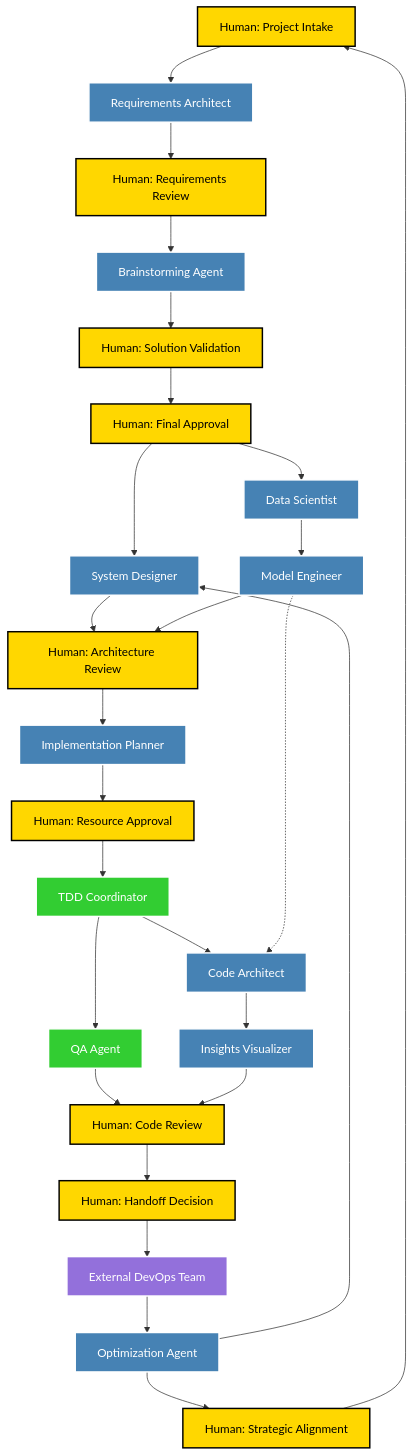
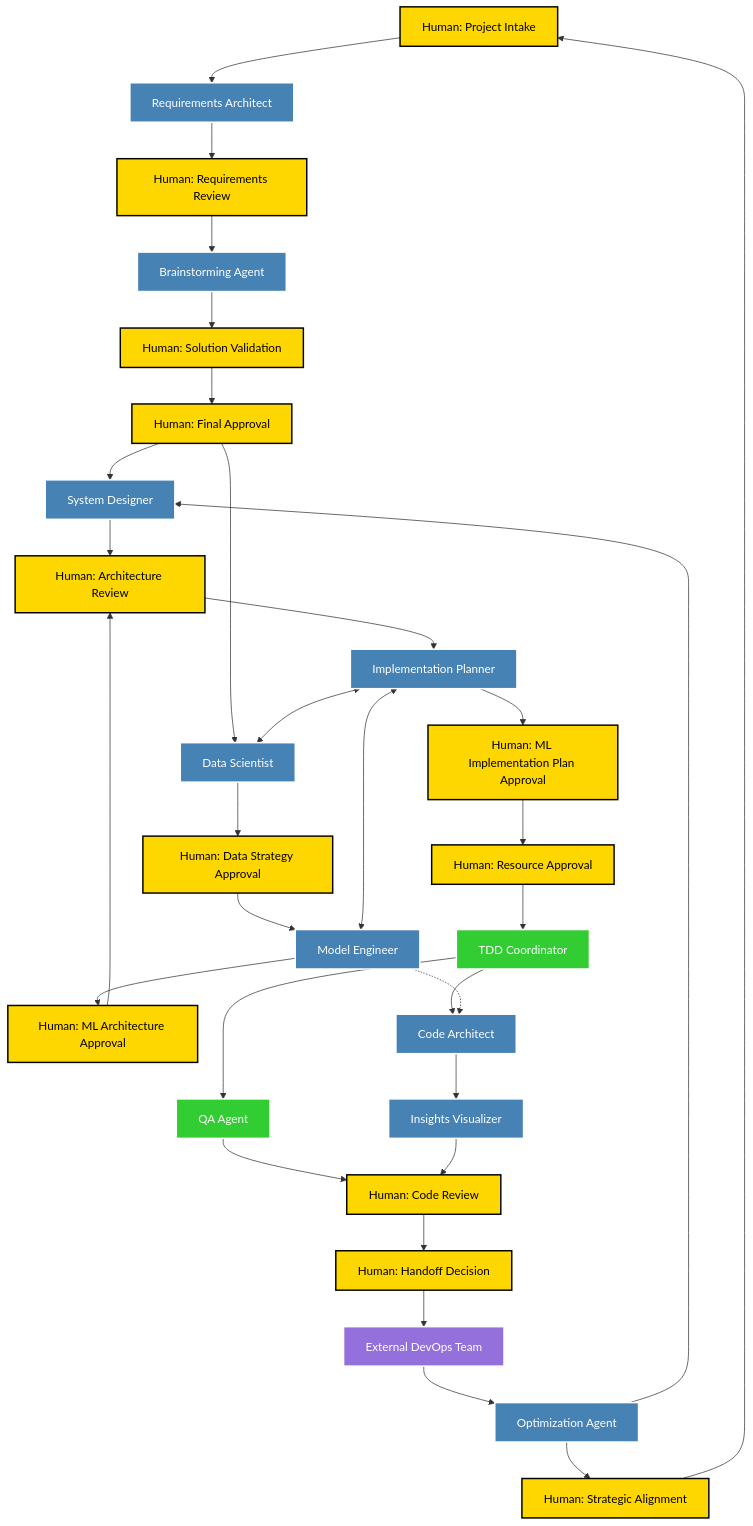
One commit to fsanzestevez/smart-prompting changed the diagram in ai_engineering/README.md. Above: the diagram before and after it, drawn with Mermaid. The commit also changed 8 other files, not shown here.

First line of the commit message:
Add ML project coordination with human checkpoints for resource validation

````diff
--- a/ai_engineering/README.md
+++ b/ai_engineering/README.md
@@ -123,50 +123,57 @@
 ```mermaid
 flowchart TD
     %% Phase 1: Initial Scoping
     H0[Human: Project Intake] --> REQ[Requirements Architect]
     REQ --> H0_REQ[Human: Requirements Review]
     H0_REQ --> BRAIN[Brainstorming Agent]
     BRAIN --> H0_BRAIN[Human: Solution Validation]
     H0_BRAIN --> H1[Human: Final Approval]
     
-    %% Phase 2: System Design
+    %% Phase 2: System Design with ML Checkpoints
     H1 --> SYS[System Designer]
     H1 --> DATA[Data Scientist]
     SYS --> H3[Human: Architecture Review]
-    DATA --> MODEL[Model Engineer]
-    MODEL --> H3
+    DATA --> H2_DATA[Human: Data Strategy Approval]
+    H2_DATA --> MODEL[Model Engineer]
+    MODEL --> H2_MODEL[Human: ML Architecture Approval]
+    H2_MODEL --> H3
     H3 --> PLAN[Implementation Planner]
-    PLAN --> H4[Human: Resource Approval]
+    PLAN --> H2_PLAN[Human: ML Implementation Plan Approval]
+    H2_PLAN --> H4[Human: Resource Approval]
+    
+    %% ML Planning Coordination
+    PLAN <--> MODEL
+    PLAN <--> DATA
     
     %% Phase 3: TDD Execution
     H4 --> TDD[TDD Coordinator]
     TDD --> CODE[Code Architect]
     TDD --> QA[QA Agent]
     CODE --> VIZ[Insights Visualizer]
     QA --> H5[Human: Code Review]
     VIZ --> H5
     H5 --> H6[Human: Handoff Decision]
     
     %% Phase 4: Monitoring
     H6 --> EXT[External DevOps Team]
     EXT --> OPT[Optimization Agent]
     OPT --> H7[Human: Strategic Alignment]
     
     %% Feedback Loops
     H7 --> H0
     OPT --> SYS
     
     %% Context Sharing
     MODEL -.-> CODE
     
     %% Styling
     classDef human fill:#ffd700,stroke:#000,stroke-width:2px,color:#000
     classDef agent fill:#4682b4,stroke:#fff,stroke-width:2px,color:#fff
     classDef tdd fill:#32cd32,stroke:#fff,stroke-width:2px,color:#fff
     classDef external fill:#9370db,stroke:#fff,stroke-width:2px,color:#fff
     
-    class H0,H1,H3,H4,H5,H6,H7,H0_REQ,H0_BRAIN human
+    class H0,H1,H3,H4,H5,H6,H7,H0_REQ,H0_BRAIN,H2_DATA,H2_MODEL,H2_PLAN human
     class REQ,BRAIN,SYS,PLAN,CODE,VIZ,DATA,MODEL,OPT agent
     class TDD,QA tdd
     class EXT external
 ```
````
